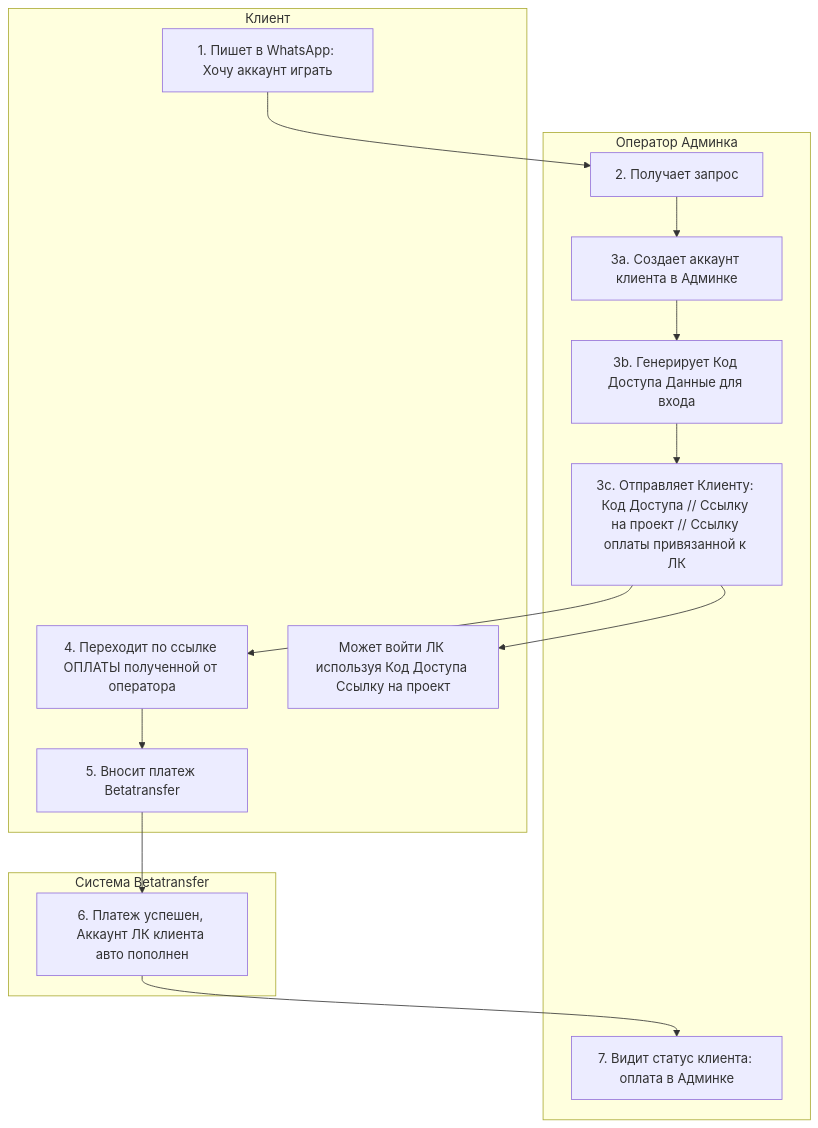
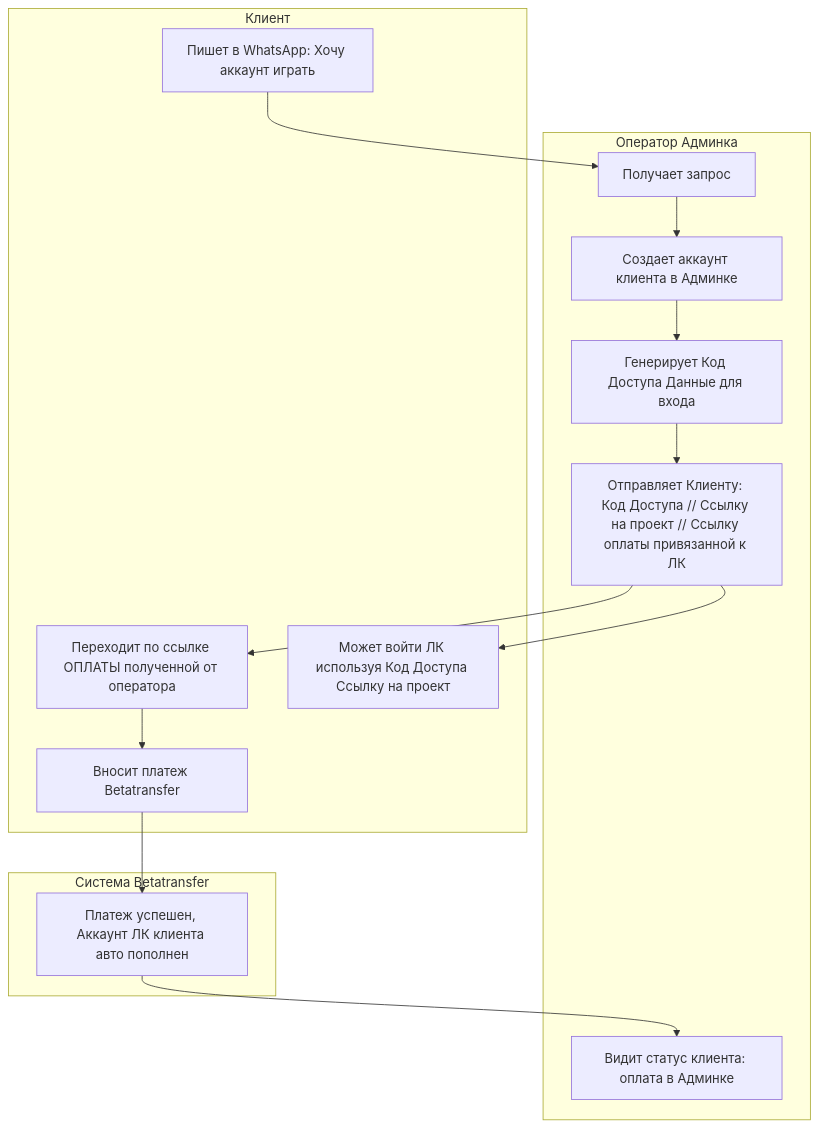
One commit to serheg/obirix.com changed the diagram in champion.md. Above: the diagram before and after it, drawn with Mermaid.

````diff
--- a/champion.md
+++ b/champion.md
@@ -1,33 +1,33 @@
 ```mermaid
  graph TD
     subgraph "Клиент"
         %% Узлы Клиента
-        A["1. Пишет в WhatsApp: Хочу аккаунт играть"]
-        F["4. Переходит по ссылке ОПЛАТЫ полученной от оператора"]
-        G["5. Вносит платеж Betatransfer"]
+        A[" Пишет в WhatsApp: Хочу аккаунт играть"]
+        F[" Переходит по ссылке ОПЛАТЫ полученной от оператора"]
+        G[" Вносит платеж Betatransfer"]
         I["Может войти ЛК используя Код Доступа Ссылку на проект"]
     end
     subgraph "Оператор Админка"
          %% Узлы Оператора
-        B["2. Получает запрос"]
-        C["3a. Создает аккаунт клиента в Админке"]
-        D["3b. Генерирует Код Доступа Данные для входа"]
-        E["3c. Отправляет Клиенту: Код Доступа // Ссылку на проект // Ссылку оплаты привязанной к ЛК"]
-        K["7. Видит статус клиента: оплата в Админке"]
+        B[" Получает запрос"]
+        C["Создает аккаунт клиента в Админке"]
+        D[" Генерирует Код Доступа Данные для входа"]
+        E[" Отправляет Клиенту: Код Доступа // Ссылку на проект // Ссылку оплаты привязанной к ЛК"]
+        K[" Видит статус клиента: оплата в Админке"]
     end
     subgraph "Система Betatransfer"
          %% Узлы Системы
-         H["6. Платеж успешен, Аккаунт ЛК клиента авто пополнен"]
+         H[" Платеж успешен, Аккаунт ЛК клиента авто пополнен"]
     end
 
     %% Связи
     A --> B;
     B --> C;
     C --> D;
     D --> E;
     E --> F;
     F --> G;
     G --> H;
     H --> K;
     E --> I;
 ```
````
